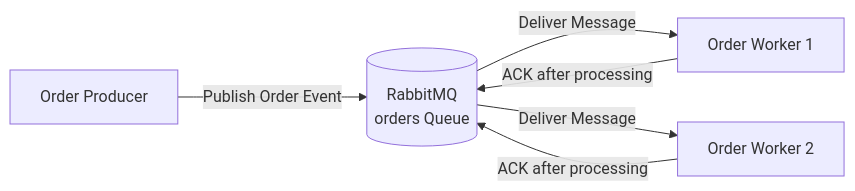
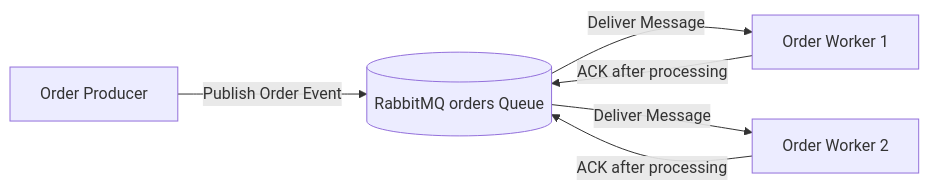
Before and after one commit to vigneshjr718/rabbitmq-order-system: the diagram in README.md, drawn with Mermaid. The commit also changed other lines of this file, not shown here.

````diff
--- a/README.md
+++ b/README.md
@@ -19,8 +23,8 @@
 ```mermaid
 flowchart LR
-    P["Order Producer"] -->|"Publish Order Event"| Q[("RabbitMQ<br/>orders Queue")]
+    P["Order Producer"] -->|"Publish Order Event"| Q[("RabbitMQ orders Queue")]
     Q -->|"Deliver Message"| W1["Order Worker 1"]
     Q -->|"Deliver Message"| W2["Order Worker 2"]
     W1 -->|"ACK after processing"| Q
     W2 -->|"ACK after processing"| Q
 ```
````
